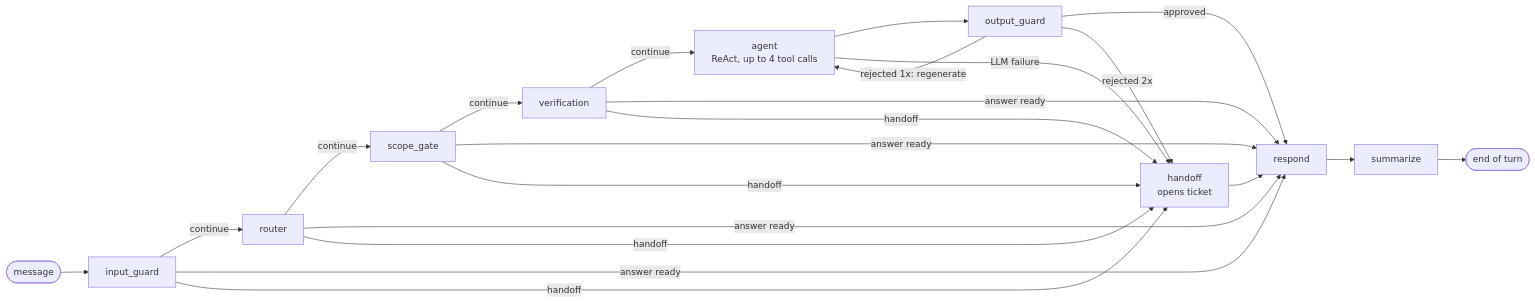
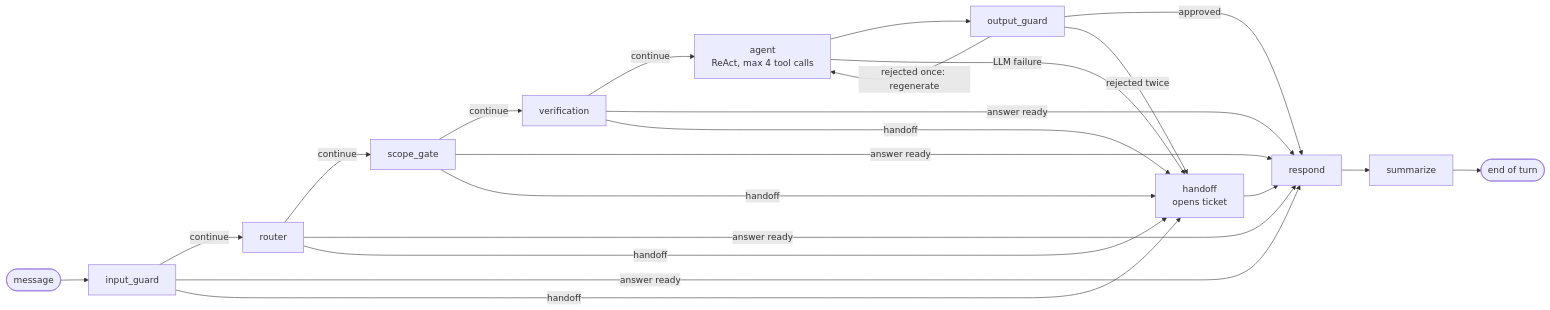
The diagram in README.md (SamuelMauli/music-store-agent), drawn with Mermaid before and after one commit. The commit also changed other lines of this file and 2 other files, not shown here.

````diff
--- a/README.md
+++ b/README.md
@@ -132,18 +80,18 @@
 ```mermaid
 flowchart LR
     S([message]) --> IG[input_guard]
     IG -->|continue| RT[router]
     RT -->|continue| SG[scope_gate]
     SG -->|continue| V[verification]
-    V -->|continue| AG[agent<br/>ReAct, up to 4 tool calls]
+    V -->|continue| AG[agent<br/>ReAct, max 4 tool calls]
     AG --> OG[output_guard]
-    OG -->|rejected 1x: regenerate| AG
+    OG -->|rejected once: regenerate| AG
     OG -->|approved| R[respond]
     IG & RT & SG & V -->|answer ready| R
     IG & RT & SG & V -->|handoff| H[handoff<br/>opens ticket]
     AG -->|LLM failure| H
-    OG -->|rejected 2x| H
+    OG -->|rejected twice| H
     H --> R
     R --> SU[summarize]
     SU --> E([end of turn])
 ```
````
